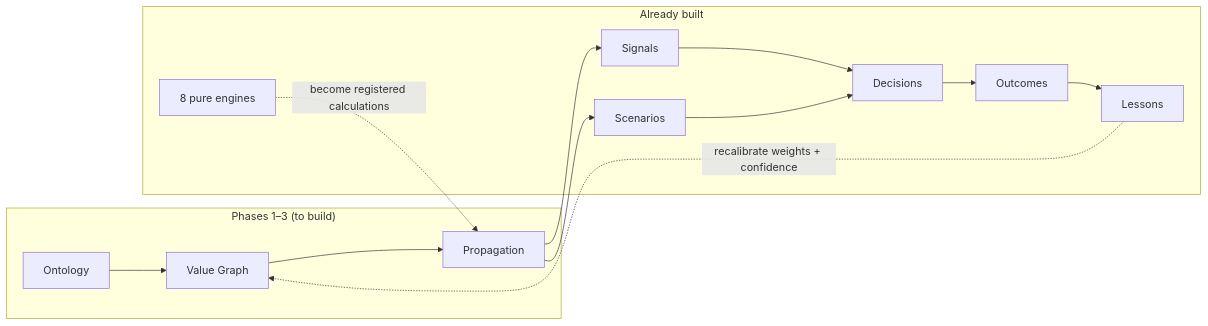
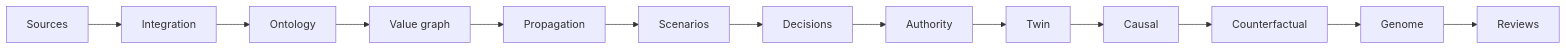
The fourth of 4 diagrams in docs/architecture/domain-model.md (enexiaplatform/helm), drawn with Mermaid before and after one commit. The commit also changed other lines of this file and 253 other files, not shown here.

````diff
--- a/docs/architecture/domain-model.md
+++ b/docs/architecture/domain-model.md
@@ -239,15 +244,7 @@
 ```mermaid
 flowchart LR
-    subgraph NEW["Phases 1–3 (to build)"]
-        ONT[Ontology] --> VG[Value Graph] --> PROP[Propagation]
-    end
-    subgraph EXIST["Already built"]
-        SIG[Signals] --> DEC[Decisions] --> OUT[Outcomes] --> LES[Lessons]
-        SCEN[Scenarios]
-        ENG["8 pure engines"]
-    end
-    PROP --> SIG
-    PROP --> SCEN --> DEC
-    ENG -.->|"become registered calculations"| PROP
-    LES -.->|"recalibrate weights + confidence"| VG
+    ONT[Ontology] --> VG[Value graph] --> PROP[Propagation] --> SCEN[Scenarios] --> DEC[Decisions]
+    DEC --> AUTH[Authority] --> TWIN[Twin]
+    TWIN --> CAUS[Causal] --> CF[Counterfactual] --> GEN[Genome] --> REV[Reviews]
+    SRC[Sources] --> INT[Integration] --> ONT
 ```
````
